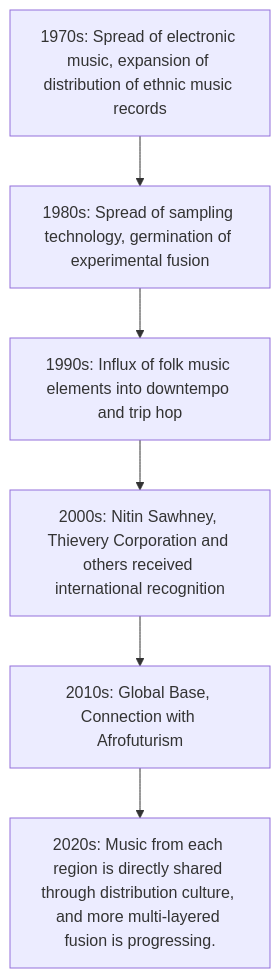
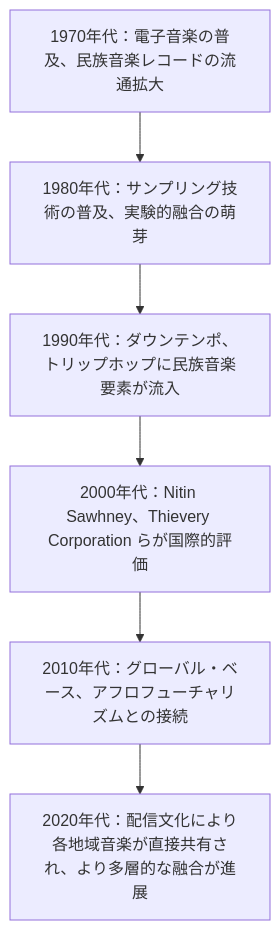
The third of 5 diagrams in en/_posts/2025-12-09-column-electronic-world-fusion.md (monumental-movement/monumental-movement.github.io), drawn with Mermaid before and after one commit. The commit also changed other lines of this file and 2196 other files, not shown here.

```diff
--- a/en/_posts/2025-12-09-column-electronic-world-fusion.md
+++ b/en/_posts/2025-12-09-column-electronic-world-fusion.md
@@ -150,8 +149,8 @@
 <div class="mermaid">
 flowchart TB
-    A1970["1970s: Spread of electronic music, expansion of distribution of ethnic music records"] --> A1980["1980s: Spread of sampling technology, germination of experimental fusion"]
-    A1980 --> A1990["1990s: Influx of folk music elements into downtempo and trip hop"]
-    A1990 --> A2000["2000s: Nitin Sawhney, Thievery Corporation and others received international recognition"]
-    A2000 --> A2010["2010s: Global Base, Connection with Afrofuturism"]
-    A2010 --> A2020["2020s: Music from each region is directly shared through distribution culture, and more multi-layered fusion is progressing."]
+    A1970["1970年代：電子音楽の普及、民族音楽レコードの流通拡大"] --> A1980["1980年代：サンプリング技術の普及、実験的融合の萌芽"]
+    A1980 --> A1990["1990年代：ダウンテンポ、トリップホップに民族音楽要素が流入"]
+    A1990 --> A2000["2000年代：Nitin Sawhney、Thievery Corporation らが国際的評価"]
+    A2000 --> A2010["2010年代：グローバル・ベース、アフロフューチャリズムとの接続"]
+    A2010 --> A2020["2020年代：配信文化により各地域音楽が直接共有され、より多層的な融合が進展"]
 </div>
```
